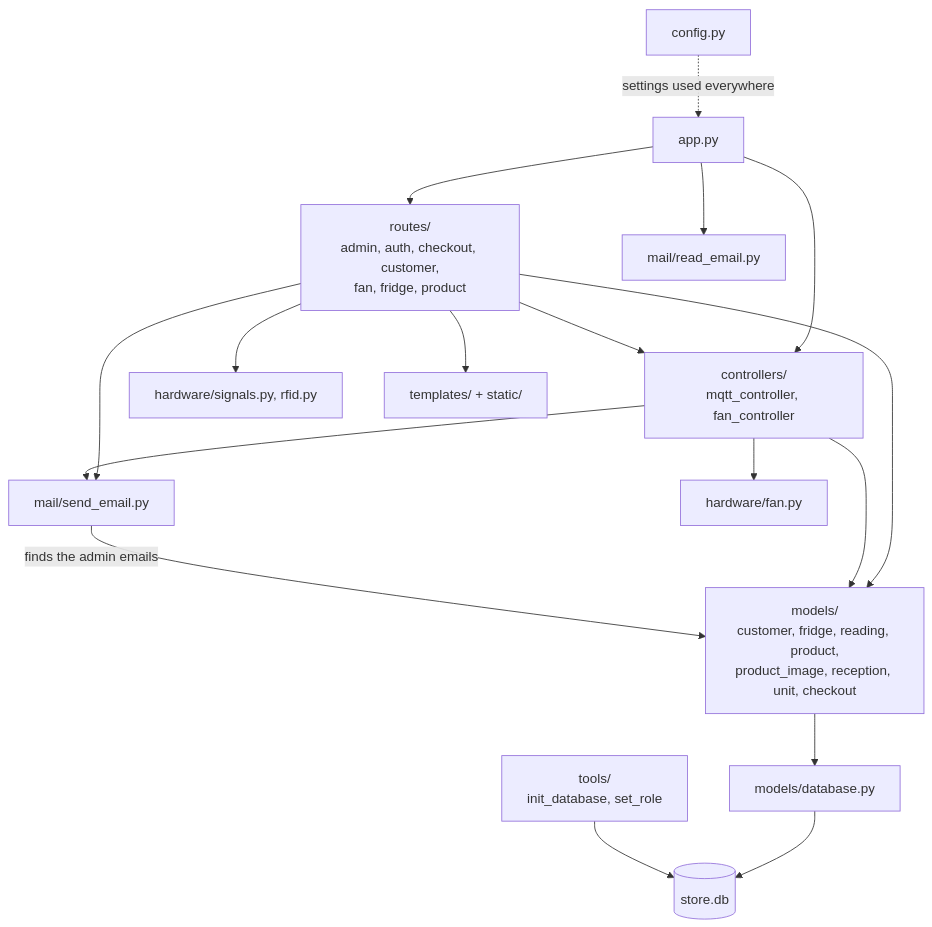
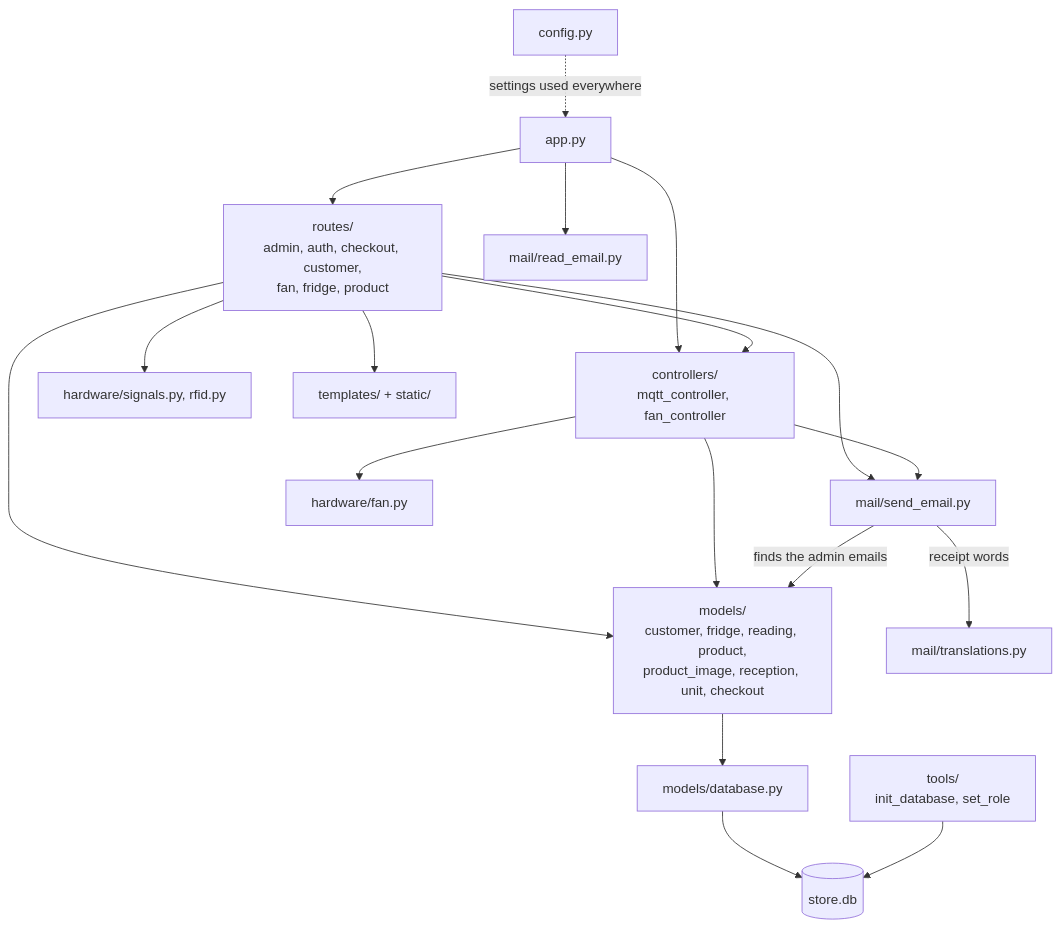
The second of 7 diagrams in docs/architecture.md (gvogas/IoT), drawn with Mermaid before and after one commit. The commit also changed other lines of this file and 8 other files, not shown here.

````diff
--- a/docs/architecture.md
+++ b/docs/architecture.md
@@ -79,23 +79,24 @@
 ```mermaid
 flowchart TD
     app["app.py"] --> routes
     app --> controllers
     app --> mail_read["mail/read_email.py"]
 
     routes["routes/<br/>admin, auth, checkout, customer,<br/>fan, fridge, product"] --> models
     routes --> controllers
     routes --> signals["hardware/signals.py, rfid.py"]
     routes --> mail_send
     routes --> templates["templates/ + static/"]
 
     controllers["controllers/<br/>mqtt_controller, fan_controller"] --> models
     controllers --> fan["hardware/fan.py"]
     controllers --> mail_send["mail/send_email.py"]
     mail_send -->|"finds the admin emails"| models
+    mail_send -->|"receipt words"| translations["mail/translations.py"]
 
     models["models/<br/>customer, fridge, reading, product,<br/>product_image, reception, unit, checkout"] --> database["models/database.py"]
     database --> db[("store.db")]
 
     tools["tools/<br/>init_database, set_role"] --> db
     config["config.py"] -.->|"settings used everywhere"| app
 ```
````
